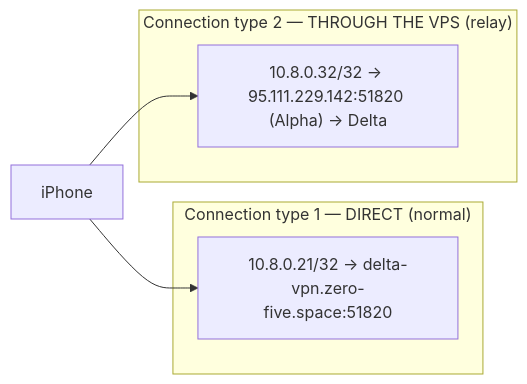
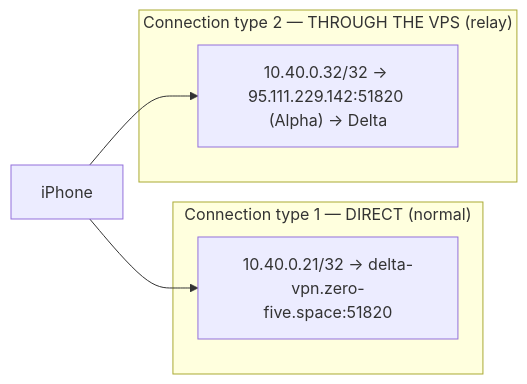
One commit to Manuel0516/zero-five-handbook changed the second of 2 diagrams in content/docs/iphone/wireguard.mdx. Above: the diagram before and after it, drawn with Mermaid. The commit also changed other lines of this file and 52 other files, not shown here.

````diff
--- a/content/docs/iphone/wireguard.mdx
+++ b/content/docs/iphone/wireguard.mdx
@@ -52,12 +52,12 @@
 ```mermaid
 flowchart LR
     phone["iPhone"]
     subgraph path1["Connection type 1 — DIRECT (normal)"]
-        d1["10.8.0.21/32 → delta-vpn.zero-five.space:51820"]
+        d1["10.40.0.21/32 → delta-vpn.zero-five.space:51820"]
     end
     subgraph path2["Connection type 2 — THROUGH THE VPS (relay)"]
-        r1["10.8.0.32/32 → 95.111.229.142:51820 (Alpha) → Delta"]
+        r1["10.40.0.32/32 → 95.111.229.142:51820 (Alpha) → Delta"]
     end
     phone --> d1
     phone --> r1
 ```
````
